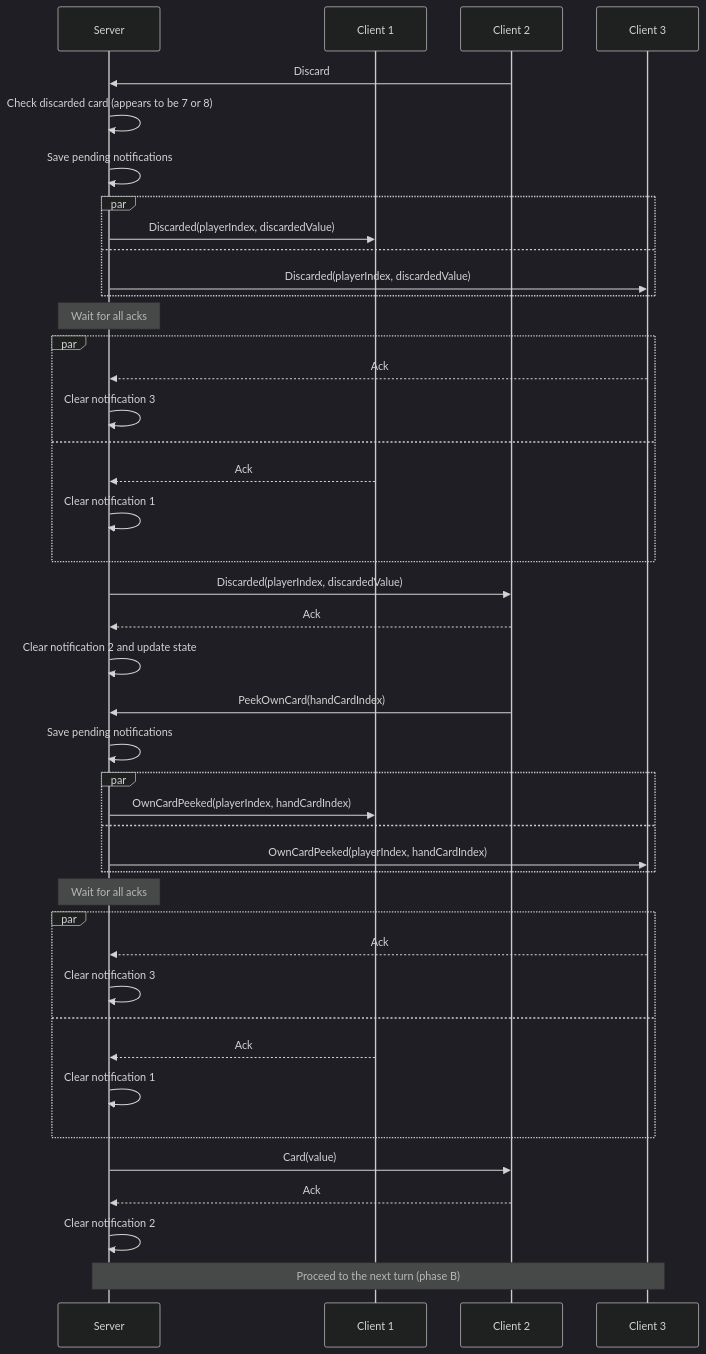
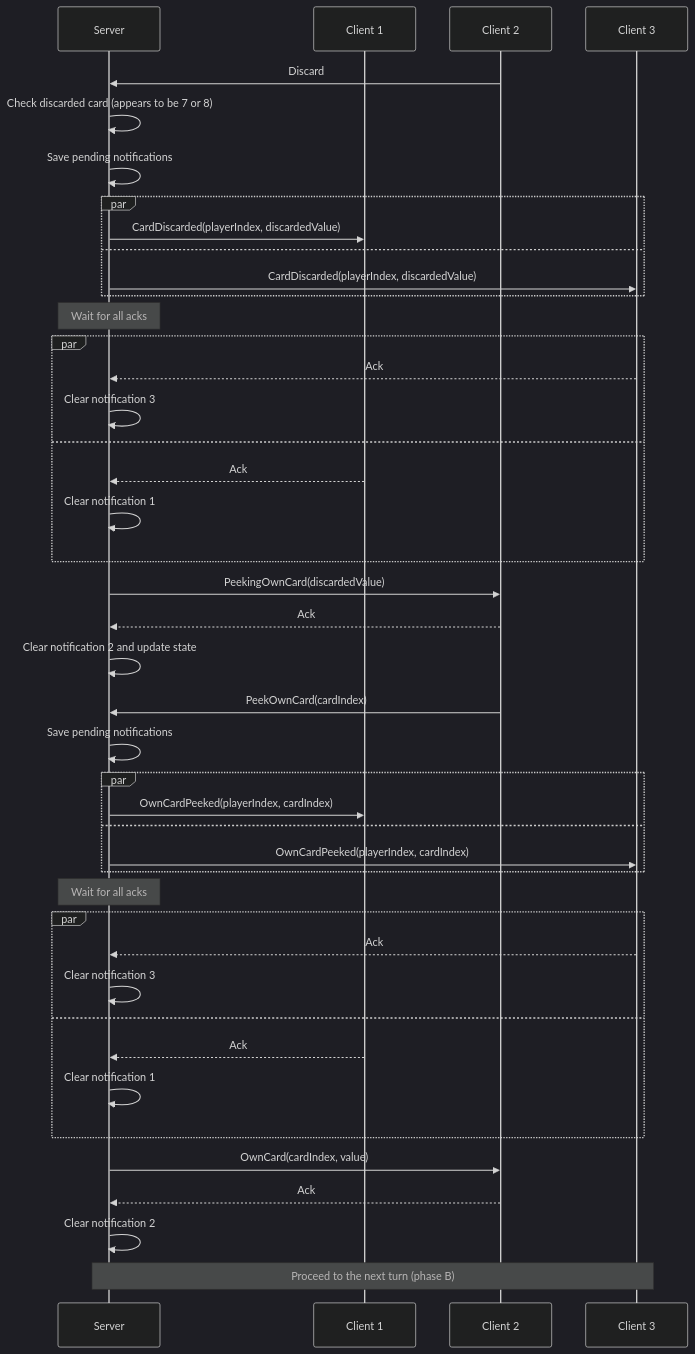
One commit to roman-zubarevich/another changed diagram 11 of 15 in README.md. Above: the diagram before and after it, drawn with Mermaid (dark theme). The commit also changed other lines of this file, not shown here.

````diff
--- a/README.md
+++ b/README.md
@@ -308,45 +308,45 @@
 ```mermaid
 sequenceDiagram
     participant S as Server
     participant C1 as Client 1
     participant C2 as Client 2
     participant C3 as Client 3
     C2->>S: Discard
     S->>S: Check discarded card (appears to be 7 or 8)
     S->>S: Save pending notifications
     par
-        S->>C1: Discarded(playerIndex, discardedValue)
+        S->>C1: CardDiscarded(playerIndex, discardedValue)
     and
-        S->>C3: Discarded(playerIndex, discardedValue)
+        S->>C3: CardDiscarded(playerIndex, discardedValue)
     end
     Note over S: Wait for all acks
     par
         C3-->>S: Ack
         S->>S: Clear notification 3
     and
         C1-->>S: Ack
         S->>S: Clear notification 1
     end
-    S->>C2: Discarded(playerIndex, discardedValue)
+    S->>C2: PeekingOwnCard(discardedValue)
     C2-->>S: Ack
     S->>S: Clear notification 2 and update state
-    C2->>S: PeekOwnCard(handCardIndex)
+    C2->>S: PeekOwnCard(cardIndex)
     S->>S: Save pending notifications
     par
-        S->>C1: OwnCardPeeked(playerIndex, handCardIndex)
+        S->>C1: OwnCardPeeked(playerIndex, cardIndex)
     and
-        S->>C3: OwnCardPeeked(playerIndex, handCardIndex)
+        S->>C3: OwnCardPeeked(playerIndex, cardIndex)
     end
     Note over S: Wait for all acks
     par
         C3-->>S: Ack
         S->>S: Clear notification 3
     and
         C1-->>S: Ack
         S->>S: Clear notification 1
     end
-    S->>C2: Card(value)
+    S->>C2: OwnCard(cardIndex, value)
     C2-->>S: Ack
     S->>S: Clear notification 2
     Note over S,C3: Proceed to the next turn (phase B)
 ```
````
